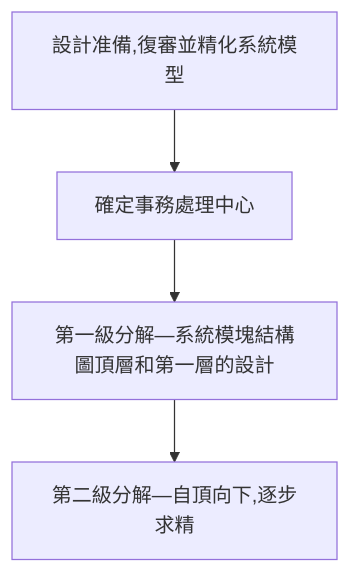
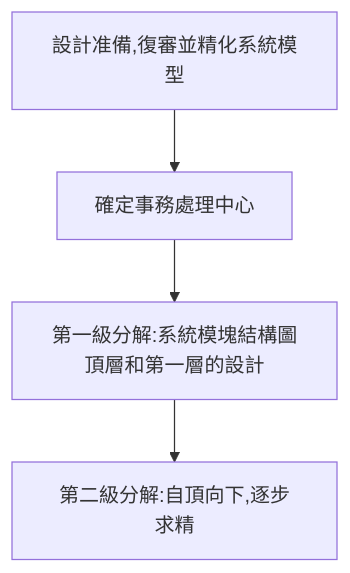
One commit to chchoiw/chchoiw.github.io changed the seventh of 7 diagrams in _posts/2022-07-04-02333-software_engineer.md. Above: the diagram before and after it, drawn with Mermaid. The commit also changed other lines of this file, not shown here.

````diff
--- a/_posts/2022-07-04-02333-software_engineer.md
+++ b/_posts/2022-07-04-02333-software_engineer.md
@@ -394,11 +394,11 @@
   ```mermaid
   graph TB
   id1[設計准備,復審並精化系統模型]
   id2[確定事務處理中心]
-  id3[第一級分解—系統模塊結構圖頂層和第一層的設計]
-  id4[第二級分解—自頂向下,逐步求精]
+  id3[第一級分解:系統模塊結構圖頂層和第一層的設計]
+  id4[第二級分解:自頂向下,逐步求精]
   id1-->id2
   id2-->id3
   id3-->id4
 
   ```
````
